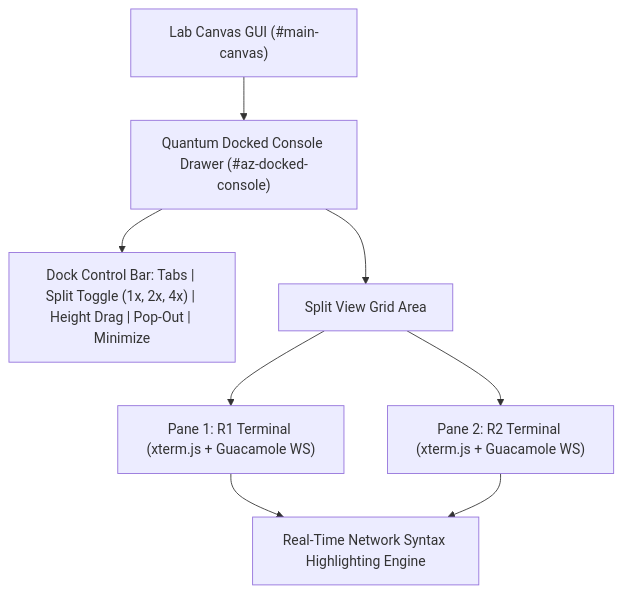
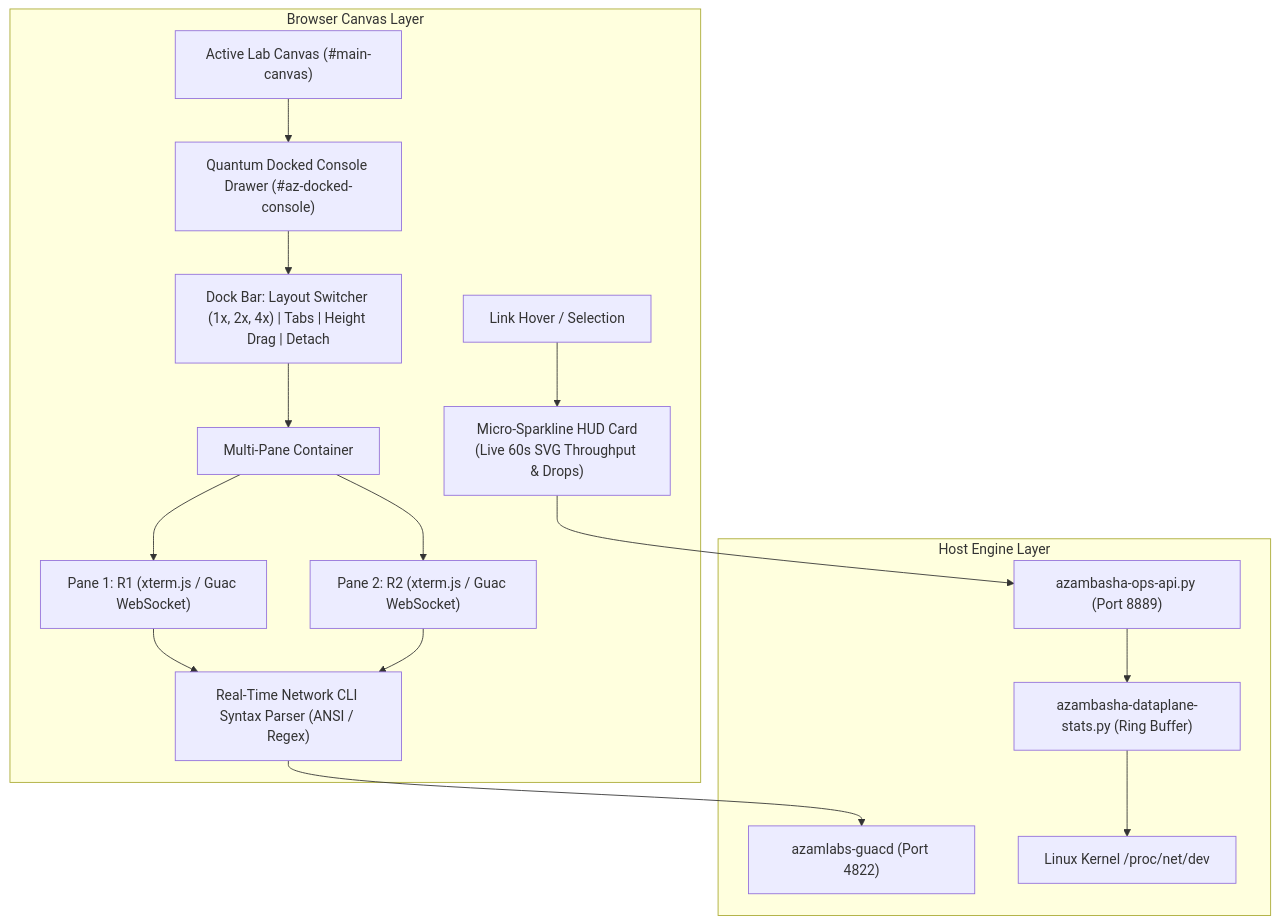
One commit to azambasha1987/AzamLabs changed the second of 2 diagrams in docs/AZAMLABS_VS_EVE-NG.md. Above: the diagram before and after it, drawn with Mermaid. The commit also changed other lines of this file, not shown here.

````diff
--- a/docs/AZAMLABS_VS_EVE-NG.md
+++ b/docs/AZAMLABS_VS_EVE-NG.md
@@ -68,10 +53,23 @@
 ```mermaid
 flowchart TD
-    Canvas["Lab Canvas GUI (#main-canvas)"] --> Dock["Quantum Docked Console Drawer (#az-docked-console)"]
-    Dock --> Header["Dock Control Bar: Tabs | Split Toggle (1x, 2x, 4x) | Height Drag | Pop-Out | Minimize"]
-    Dock --> SplitArea["Split View Grid Area"]
-    SplitArea --> Pane1["Pane 1: R1 Terminal (xterm.js + Guacamole WS)"]
-    SplitArea --> Pane2["Pane 2: R2 Terminal (xterm.js + Guacamole WS)"]
-    Pane1 --> SyntaxFilter["Real-Time Network Syntax Highlighting Engine"]
-    Pane2 --> SyntaxFilter
+    subgraph Browser Canvas Layer
+        Canvas["Active Lab Canvas (#main-canvas)"]
+        LinkNode["Link Hover / Selection"]
+        LinkNode --> Sparkline["Micro-Sparkline HUD Card<br/>(Live 60s SVG Throughput & Drops)"]
+        
+        Canvas --> Dock["Quantum Docked Console Drawer (#az-docked-console)"]
+        Dock --> Controls["Dock Bar: Layout Switcher (1x, 2x, 4x) | Tabs | Height Drag | Detach"]
+        Controls --> Grid["Multi-Pane Container"]
+        Grid --> Pane1["Pane 1: R1 (xterm.js / Guac WebSocket)"]
+        Grid --> Pane2["Pane 2: R2 (xterm.js / Guac WebSocket)"]
+        Pane1 --> Syntax["Real-Time Network CLI Syntax Parser (ANSI / Regex)"]
+        Pane2 --> Syntax
+    end
+
+    subgraph Host Engine Layer
+        Syntax --> Guacd["azamlabs-guacd (Port 4822)"]
+        Sparkline --> OpsAPI["azambasha-ops-api.py (Port 8889)"]
+        OpsAPI --> Dataplane["azambasha-dataplane-stats.py (Ring Buffer)"]
+        Dataplane --> ProcNet["Linux Kernel /proc/net/dev"]
+    end
 ```
````
